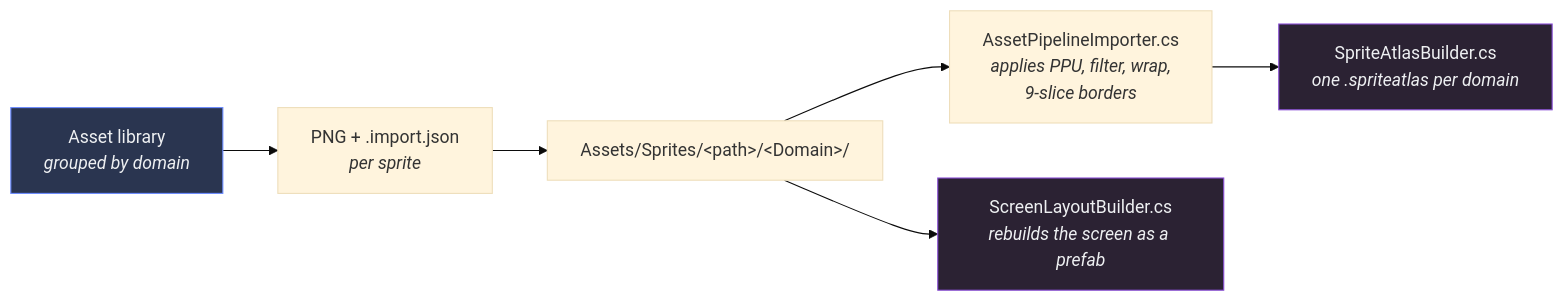
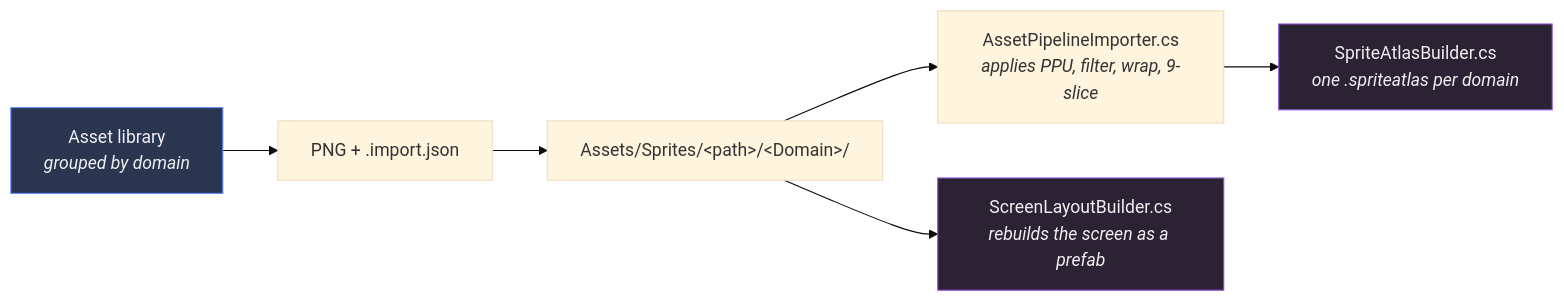
One commit to AdielMag/2d-assets-pipeline changed the sixth of 7 diagrams in README.md. Above: the diagram before and after it, drawn with Mermaid (base theme). The commit also changed other lines of this file and 1 other file, not shown here.

````diff
--- a/README.md
+++ b/README.md
@@ -566,12 +674,12 @@
 ```mermaid
 flowchart LR
-    A["Asset library<br/><i>grouped by domain</i>"] --> B["PNG + .import.json<br/><i>per sprite</i>"]
+    A["Asset library<br/><i>grouped by domain</i>"] --> B["PNG + .import.json"]
     B --> C["Assets/Sprites/&lt;path&gt;/&lt;Domain&gt;/"]
-    C --> D["AssetPipelineImporter.cs<br/><i>applies PPU, filter, wrap,<br/>9-slice borders</i>"]
+    C --> D["AssetPipelineImporter.cs<br/><i>applies PPU, filter, wrap, 9-slice</i>"]
     D --> E["SpriteAtlasBuilder.cs<br/><i>one .spriteatlas per domain</i>"]
     C --> F["ScreenLayoutBuilder.cs<br/><i>rebuilds the screen as a prefab</i>"]
 
     style A fill:#2a3550,stroke:#6c8cff,color:#eef0f2
     style E fill:#2b2233,stroke:#8a4fd6,color:#eef0f2
     style F fill:#2b2233,stroke:#8a4fd6,color:#eef0f2
 ```
````
